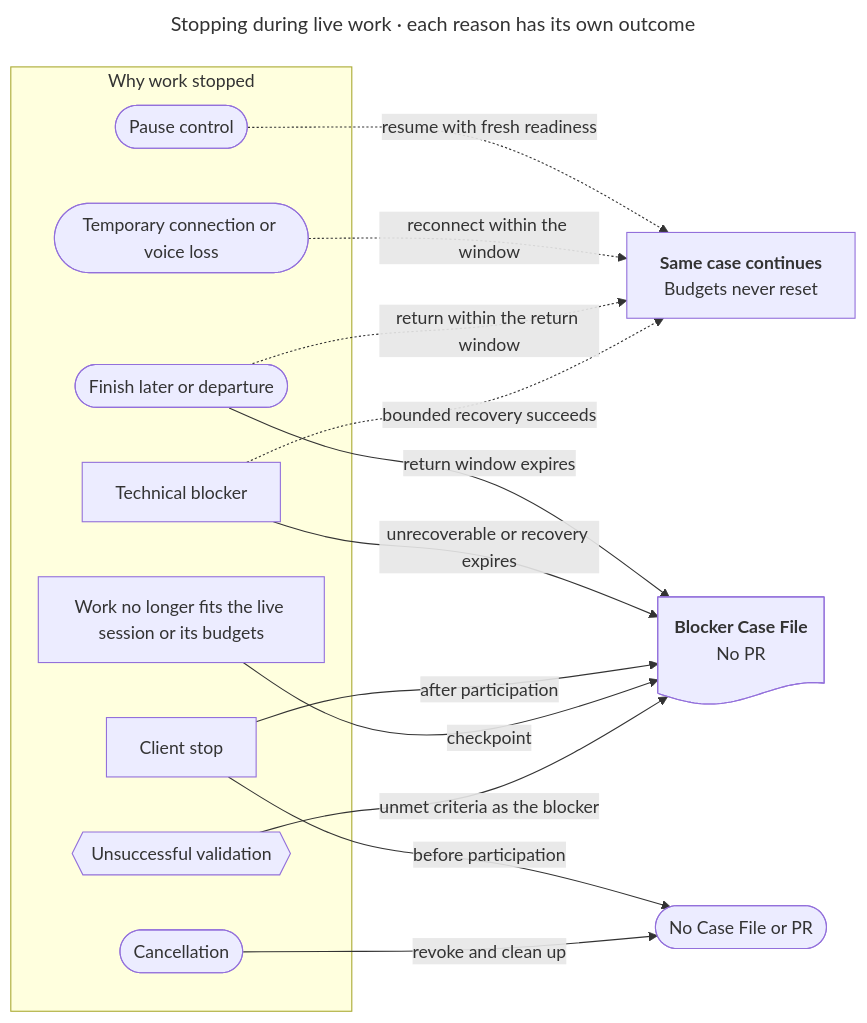
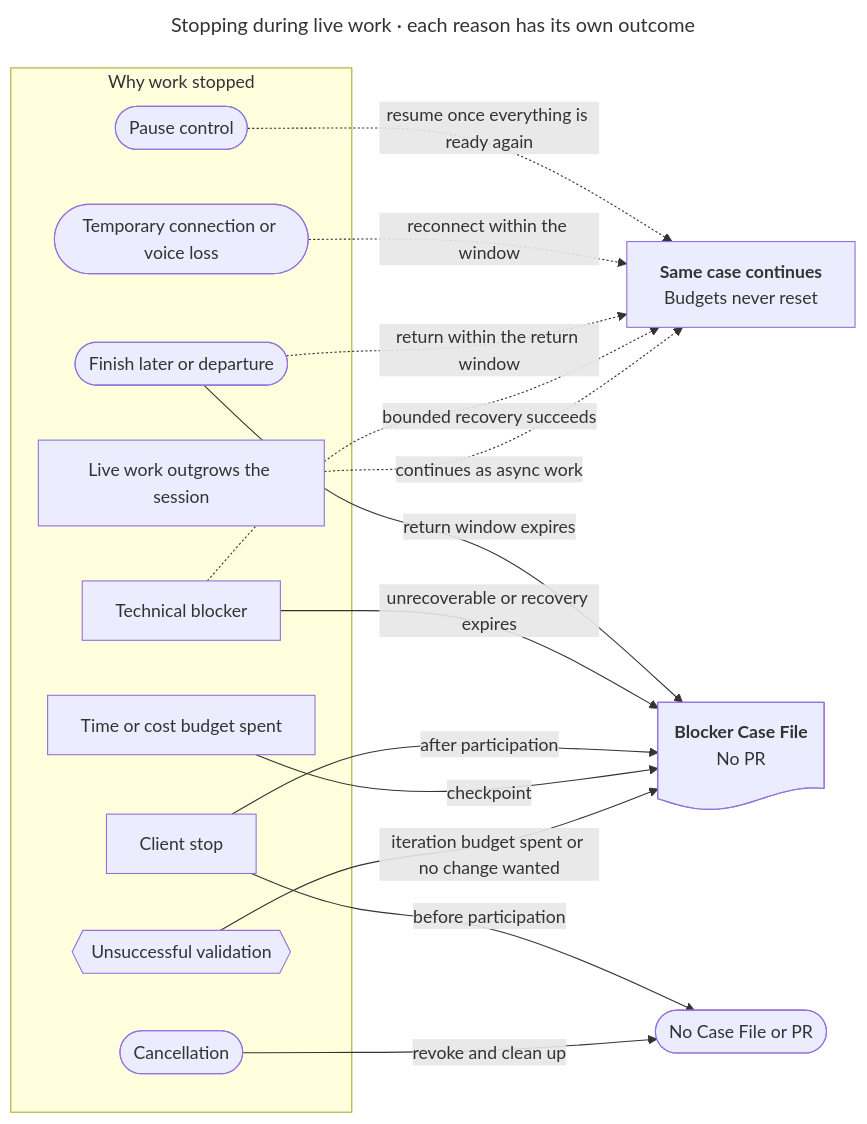
Before and after one commit to rithm84/userTrace: the diagram in docs/diagrams/pele/prd-stopping-reasons.mmd, drawn with Mermaid. The commit also changed 16 other files, not shown here.

```diff
--- a/docs/diagrams/pele/prd-stopping-reasons.mmd
+++ b/docs/diagrams/pele/prd-stopping-reasons.mmd
@@ -1,31 +1,33 @@
 ---
 title: Stopping during live work · each reason has its own outcome
 ---
 flowchart LR
   subgraph reasons [Why work stopped]
     pause([Pause control]):::people
     loss([Temporary connection or voice loss]):::people
     away([Finish later or departure]):::people
     blocker[Technical blocker]:::runtime
     cancel([Cancellation]):::people
     client_stop[Client stop]:::client
-    no_fit[Work no longer fits the live session or its budgets]:::gate
+    no_fit[Live work outgrows the session]:::gate
+    spent[Time or cost budget spent]:::gate
     unsuccessful{{Unsuccessful validation}}:::gate
   end
   continues["`**Same case continues**
   Budgets never reset`"]:::async
   blocker_case@{ shape: doc, label: "**Blocker Case File**<br/>No PR" }
   no_output(["No Case File or PR"]):::external
 
-  pause async_1@-.->|resume with fresh readiness| continues
+  pause async_1@-.->|resume once everything is ready again| continues
   loss async_2@-.->|reconnect within the window| continues
   away async_3@-.->|return within the return window| continues
   away blocked_1@-->|return window expires| blocker_case
   blocker async_4@-.->|bounded recovery succeeds| continues
   blocker blocked_2@-->|unrecoverable or recovery expires| blocker_case
   client_stop blocked_3@-->|after participation| blocker_case
   client_stop blocked_4@-->|before participation| no_output
-  no_fit blocked_5@-->|checkpoint| blocker_case
-  unsuccessful blocked_6@-->|unmet criteria as the blocker| blocker_case
+  no_fit async_5@-.->|continues as async work| continues
+  spent blocked_5@-->|checkpoint| blocker_case
+  unsuccessful blocked_6@-->|iteration budget spent or no change wanted| blocker_case
   cancel blocked_7@-->|revoke and clean up| no_output
   class blocker_case external
```
